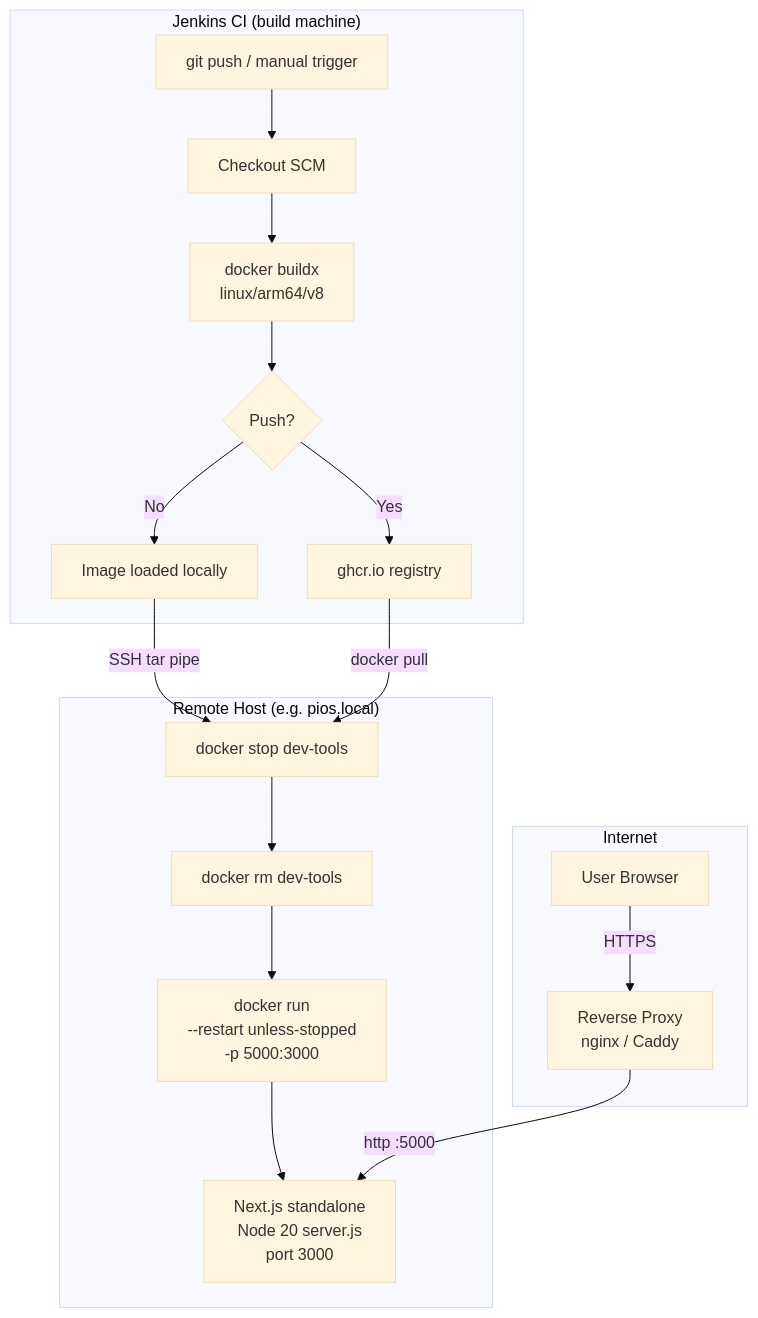
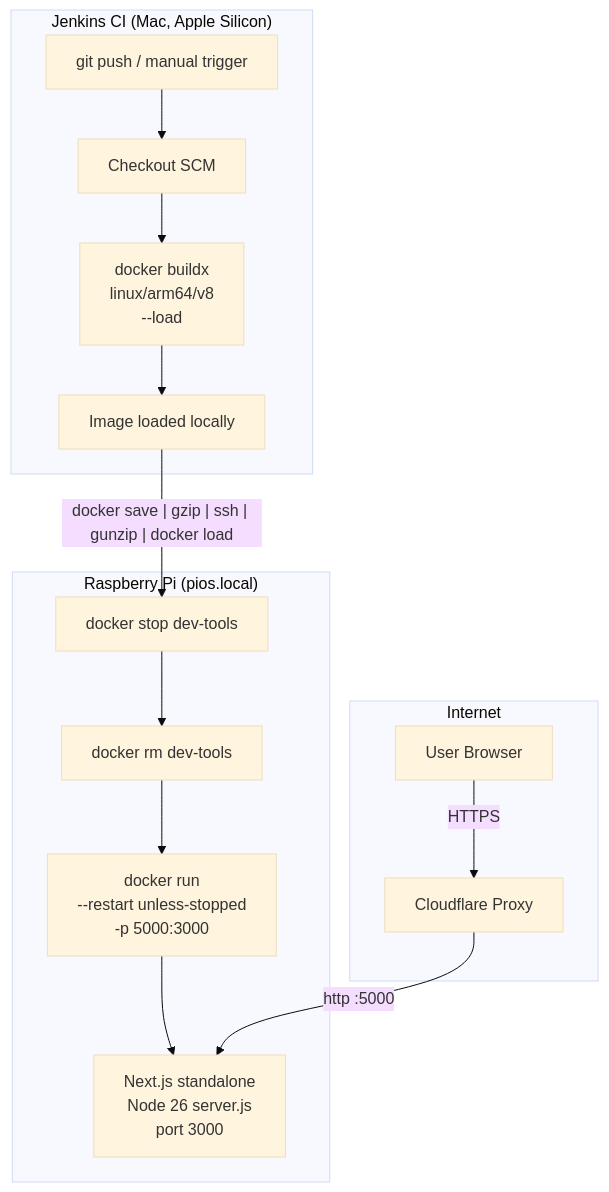
One commit to chandanankush/dev-tools changed the second of 2 diagrams in docs/DEPLOYMENT.md. Above: the diagram before and after it, drawn with Mermaid (base theme). The commit also changed other lines of this file and 4 other files, not shown here.

````diff
--- a/docs/DEPLOYMENT.md
+++ b/docs/DEPLOYMENT.md
@@ -121,25 +130,22 @@
 ```mermaid
 flowchart TD
-    subgraph CI["Jenkins CI (build machine)"]
+    subgraph CI["Jenkins CI (Mac, Apple Silicon)"]
         A[git push / manual trigger] --> B[Checkout SCM]
-        B --> C[docker buildx\nlinux/arm64/v8]
-        C --> D{Push?}
-        D -- Yes --> E[ghcr.io registry]
-        D -- No --> F[Image loaded locally]
+        B --> C[docker buildx\nlinux/arm64/v8\n--load]
+        C --> F[Image loaded locally]
     end
 
-    subgraph Remote["Remote Host (e.g. pios.local)"]
+    subgraph Remote["Raspberry Pi (pios.local)"]
         G[docker stop dev-tools]
         G --> H[docker rm dev-tools]
         H --> I[docker run\n--restart unless-stopped\n-p 5000:3000]
-        I --> J[Next.js standalone\nNode 20 server.js\nport 3000]
+        I --> J[Next.js standalone\nNode 26 server.js\nport 3000]
     end
 
     subgraph Internet
-        K[User Browser] -->|HTTPS| L[Reverse Proxy\nnginx / Caddy]
+        K[User Browser] -->|HTTPS| L[Cloudflare Proxy]
         L -->|http :5000| J
     end
 
-    F -- SSH tar pipe --> G
-    E -- docker pull --> G
+    F -- "docker save | gzip | ssh | gunzip | docker load" --> G
 ```
````
